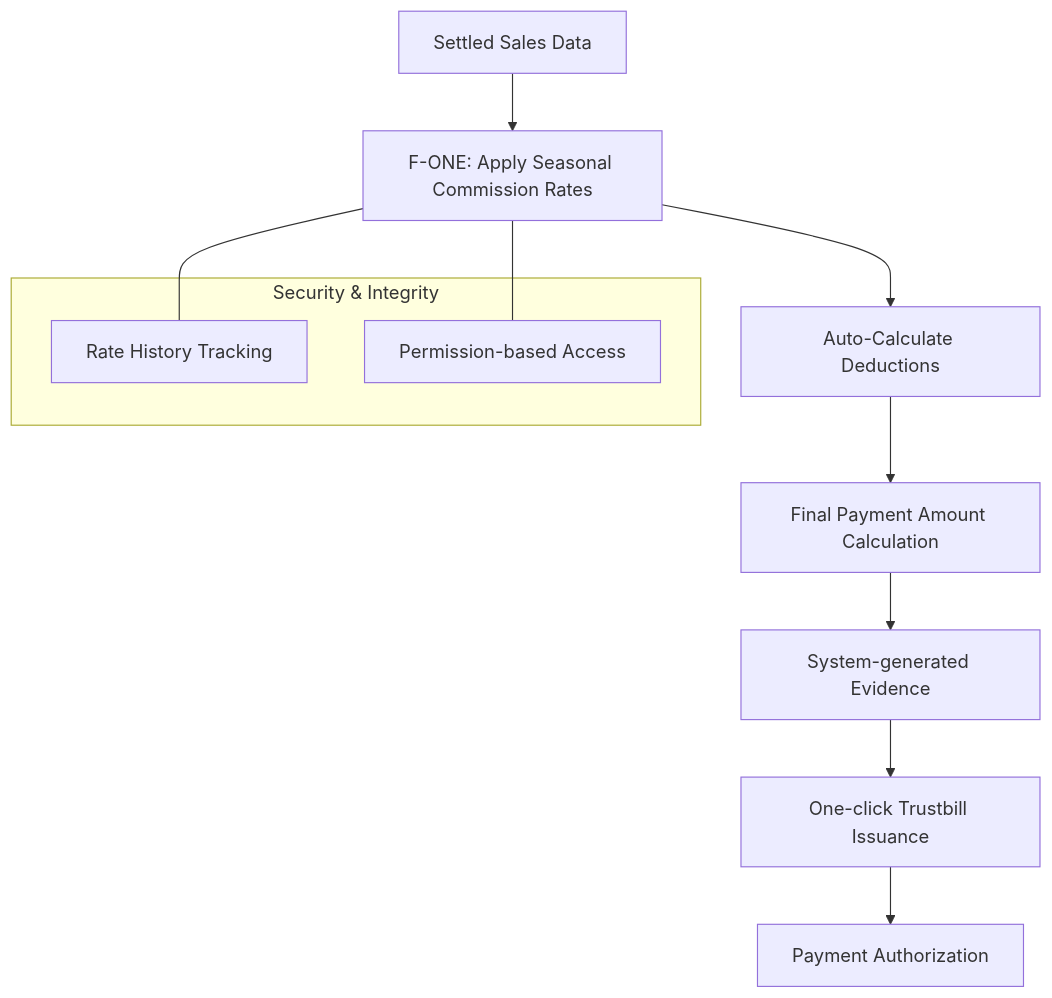
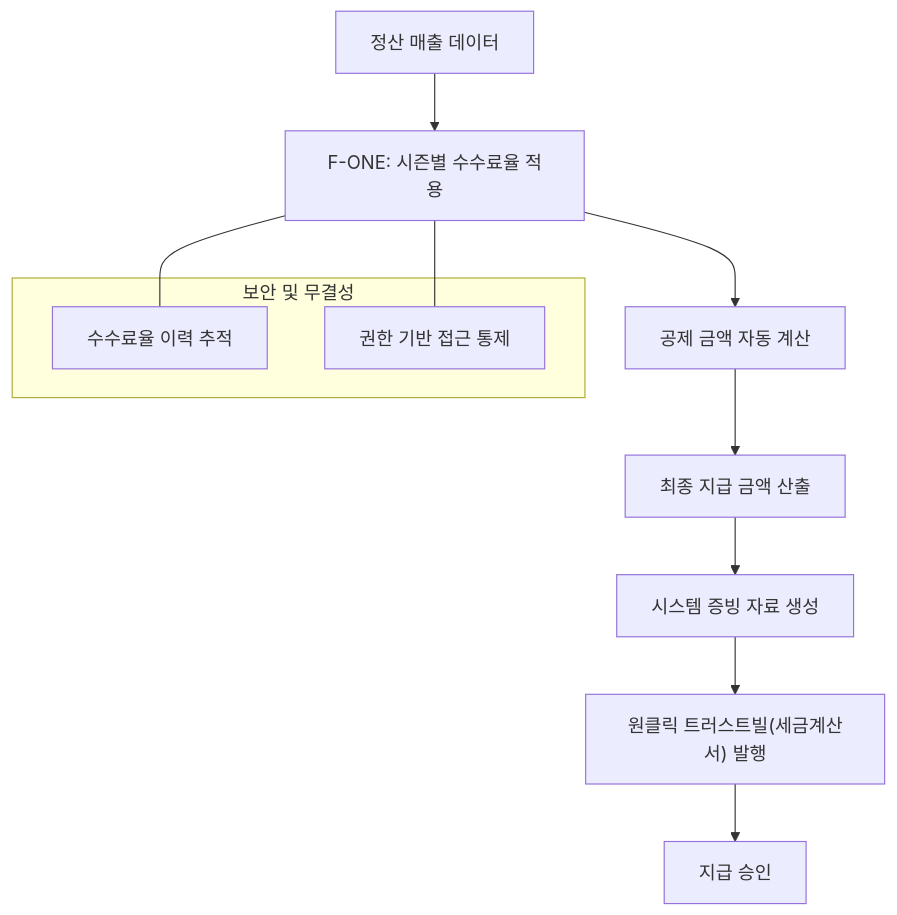
Before and after one commit to sonicsito-pixel/swiki: the third of 5 diagrams in wiki/sources/SALES_MGMT_TOBE_FLOW.md, drawn with Mermaid. The commit also changed other lines of this file, not shown here.

Commit message:
Translate Mermaid diagrams to Korean in SALES_MGMT_TOBE_FLOW.md

````diff
--- a/wiki/sources/SALES_MGMT_TOBE_FLOW.md
+++ b/wiki/sources/SALES_MGMT_TOBE_FLOW.md
@@ -79,16 +79,16 @@
 ```mermaid
 graph TD
-    A[Settled Sales Data] --> B["F-ONE: Apply Seasonal Commission Rates"]
-    B --> C[Auto-Calculate Deductions]
-    C --> D[Final Payment Amount Calculation]
-    D --> E[System-generated Evidence]
-    E --> F[One-click Trustbill Issuance]
-    F --> G[Payment Authorization]
+    A[정산 매출 데이터] --> B["F-ONE: 시즌별 수수료율 적용"]
+    B --> C[공제 금액 자동 계산]
+    C --> D[최종 지급 금액 산출]
+    D --> E[시스템 증빙 자료 생성]
+    E --> F["원클릭 트러스트빌(세금계산서) 발행"]
+    F --> G[지급 승인]
     
-    subgraph "Security & Integrity"
-        H[Rate History Tracking]
-        I[Permission-based Access]
+    subgraph "보안 및 무결성"
+        H[수수료율 이력 추적]
+        I[권한 기반 접근 통제]
     end
     B --- H
     B --- I
 ```
````
